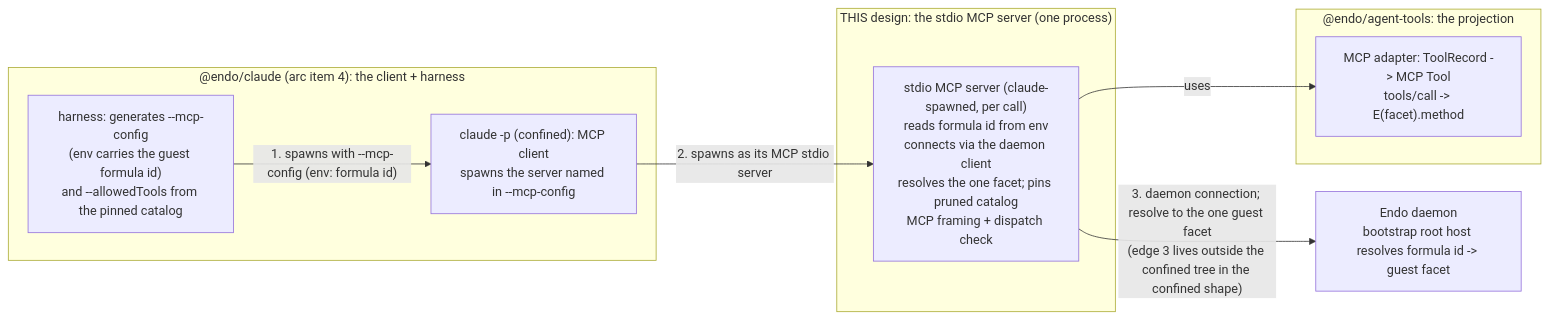
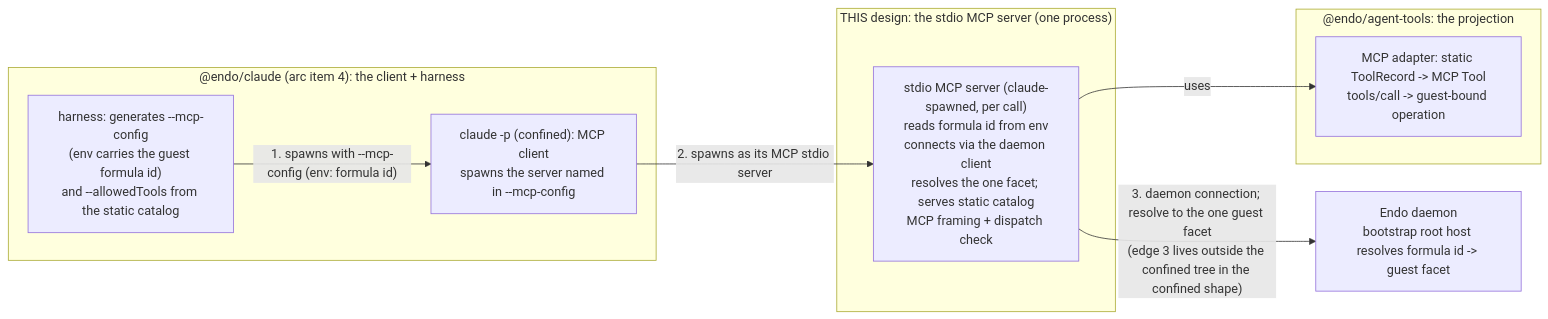
The diagram in designs/endo-guest-stdio-mcp.md (endojs/endo-but-for-bots), drawn with Mermaid before and after one commit. The commit also changed other lines of this file, not shown here.

Commit message:
docs(designs): address static tools and claude signals

````diff
--- a/designs/endo-guest-stdio-mcp.md
+++ b/designs/endo-guest-stdio-mcp.md
@@ -85,18 +87,18 @@
 ```mermaid
 flowchart LR
   subgraph claude["@endo/claude (arc item 4): the client + harness"]
-    HARNESS["harness: generates --mcp-config<br/>(env carries the guest formula id)<br/>and --allowedTools from the pinned catalog"]
+    HARNESS["harness: generates --mcp-config<br/>(env carries the guest formula id)<br/>and --allowedTools from the static catalog"]
     CLAUDE["claude -p (confined): MCP client<br/>spawns the server named in --mcp-config"]
   end
   subgraph thisdoc["THIS design: the stdio MCP server (one process)"]
-    SERVER["stdio MCP server (claude-spawned, per call)<br/>reads formula id from env<br/>connects via the daemon client<br/>resolves the one facet; pins pruned catalog<br/>MCP framing + dispatch check"]
+    SERVER["stdio MCP server (claude-spawned, per call)<br/>reads formula id from env<br/>connects via the daemon client<br/>resolves the one facet; serves static catalog<br/>MCP framing + dispatch check"]
   end
   subgraph proj["@endo/agent-tools: the projection"]
-    ADP["MCP adapter: ToolRecord -> MCP Tool<br/>tools/call -> E(facet).method"]
+    ADP["MCP adapter: static ToolRecord -> MCP Tool<br/>tools/call -> guest-bound operation"]
   end
   DAEMON["Endo daemon<br/>bootstrap root host resolves formula id -> guest facet"]
   HARNESS -->|"1. spawns with --mcp-config (env: formula id)"| CLAUDE
   CLAUDE -->|"2. spawns as its MCP stdio server"| SERVER
   SERVER -->|uses| ADP
   SERVER -->|"3. daemon connection; resolve to the one guest facet<br/>(edge 3 lives outside the confined tree in the confined shape)"| DAEMON
 ```
````
